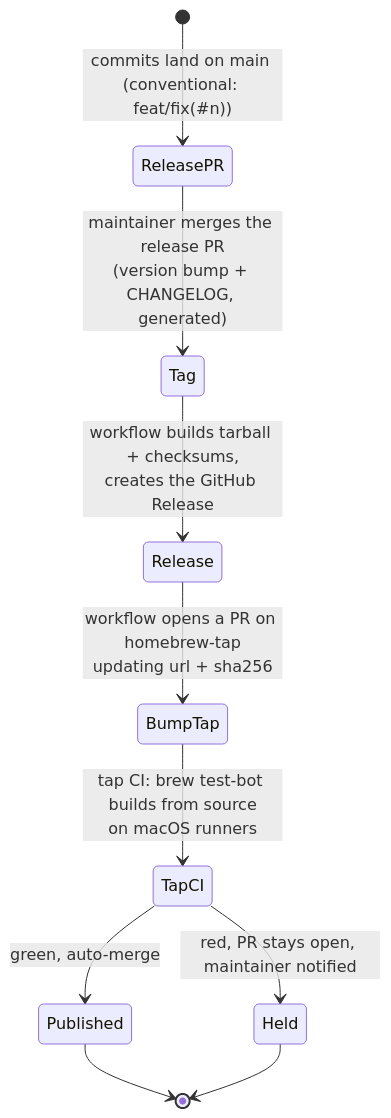
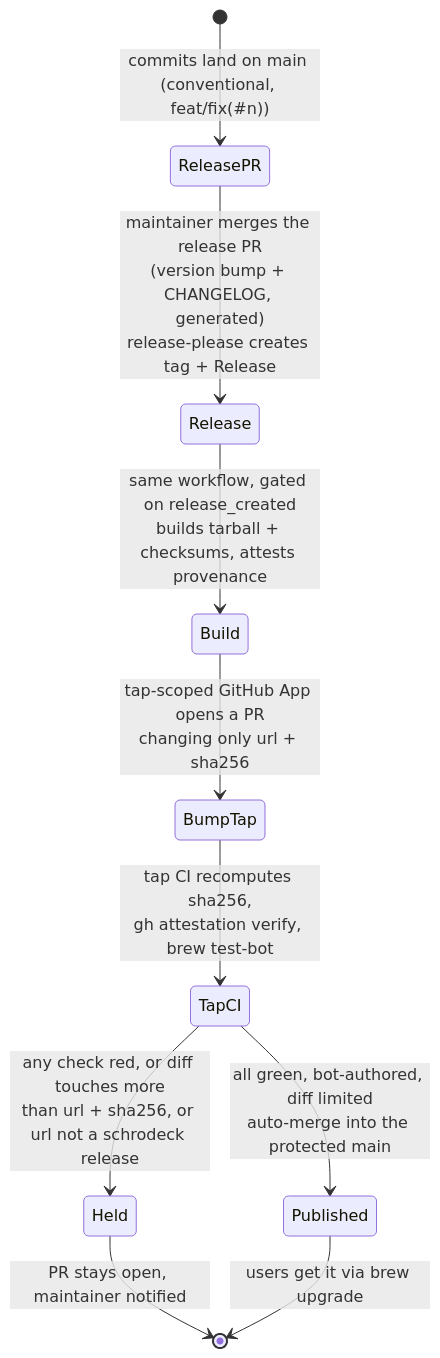
Before and after one commit to csmarshall/mac-streamdeck-sync: the diagram in docs/adr/0028-distribution-brew-tap-and-pkg.md, drawn with Mermaid. The commit also changed other lines of this file and 26 other files, not shown here.

Commit message:
docs: review round 2 fixes (F25-F39): GC trees only, host-scoped commits/trees/tombstones, {{DEVICE}} placeholder, reshare, hold-on-blocked, tap trust boundary

````diff
--- a/docs/adr/0028-distribution-brew-tap-and-pkg.md
+++ b/docs/adr/0028-distribution-brew-tap-and-pkg.md
@@ -34,13 +34,13 @@
 ```mermaid
 stateDiagram-v2
     direction TB
-    [*] --> ReleasePR: commits land on main (conventional: feat/fix(#n))
-    ReleasePR --> Tag: maintainer merges the release PR<br/>(version bump + CHANGELOG, generated)
-    Tag --> Release: workflow builds tarball + checksums,<br/>creates the GitHub Release
-    Release --> BumpTap: workflow opens a PR on homebrew-tap<br/>updating url + sha256
-    BumpTap --> TapCI: tap CI: brew test-bot builds from source<br/>on macOS runners
-    TapCI --> Published: green, auto-merge
-    TapCI --> Held: red, PR stays open, maintainer notified
-    Published --> [*]
-    Held --> [*]
+    [*] --> ReleasePR: commits land on main (conventional, feat/fix(#n))
+    ReleasePR --> Release: maintainer merges the release PR<br/>(version bump + CHANGELOG, generated)<br/>release-please creates tag + Release
+    Release --> Build: same workflow, gated on release_created<br/>builds tarball + checksums, attests provenance
+    Build --> BumpTap: tap-scoped GitHub App opens a PR<br/>changing only url + sha256
+    BumpTap --> TapCI: tap CI recomputes sha256,<br/>gh attestation verify, brew test-bot
+    TapCI --> Held: any check red, or diff touches more<br/>than url + sha256, or url not a schrodeck release
+    TapCI --> Published: all green, bot-authored, diff limited<br/>auto-merge into the protected main
+    Held --> [*]: PR stays open, maintainer notified
+    Published --> [*]: users get it via brew upgrade
 ```
````
